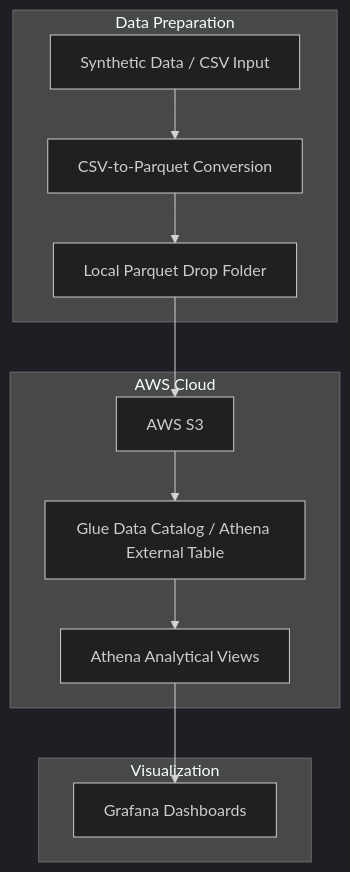
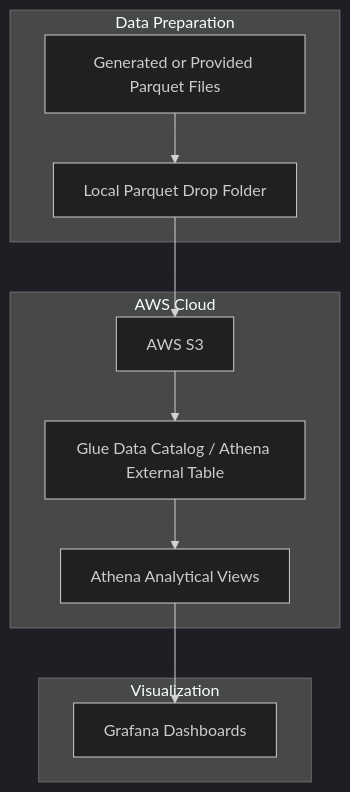
One commit to DennisKulik/Senior-Project changed the diagram in README.md. Above: the diagram before and after it, drawn with Mermaid (dark theme).

Commit message:
Updated flowchart in README.
Updated flowchart in README.

````diff
--- a/README.md
+++ b/README.md
@@ -56,26 +56,24 @@
 ```mermaid
 flowchart TD
 
     subgraph Data_Preparation["Data Preparation"]
-        A[Synthetic Data / CSV Input]
-        B[CSV-to-Parquet Conversion]
-        C[Local Parquet Drop Folder]
+        A[Generated or Provided Parquet Files]
+        B[Local Parquet Drop Folder]
     end
 
     subgraph AWS_Cloud["AWS Cloud"]
-        D[AWS S3]
-        E[Glue Data Catalog / Athena External Table]
-        F[Athena Analytical Views]
+        C[AWS S3]
+        D[Glue Data Catalog / Athena External Table]
+        E[Athena Analytical Views]
     end
 
     subgraph Visualization["Visualization"]
-        G[Grafana Dashboards]
+        F[Grafana Dashboards]
     end
 
     A --> B
     B --> C
     C --> D
     D --> E
     E --> F
-    F --> G
 ```
````
